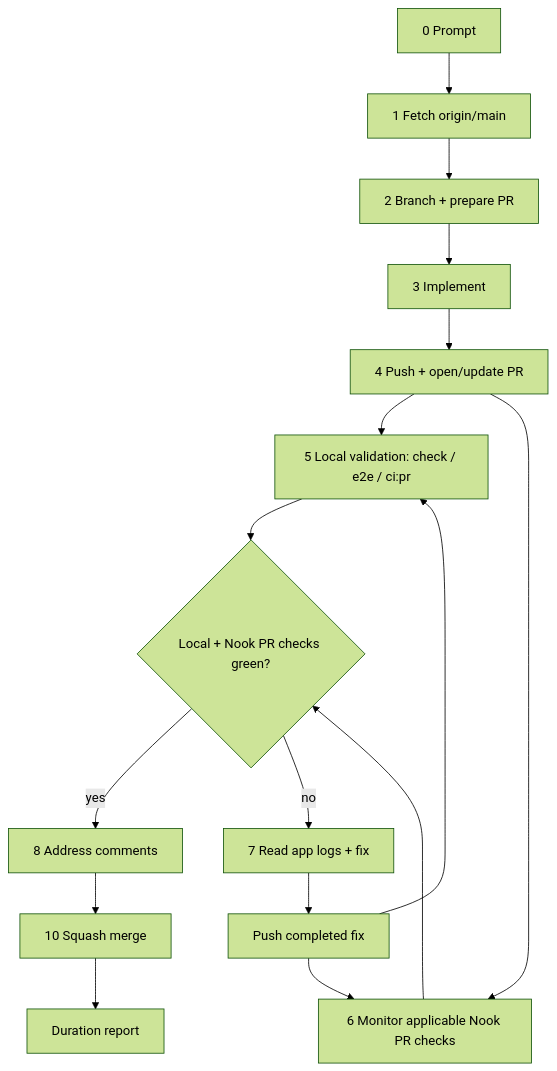
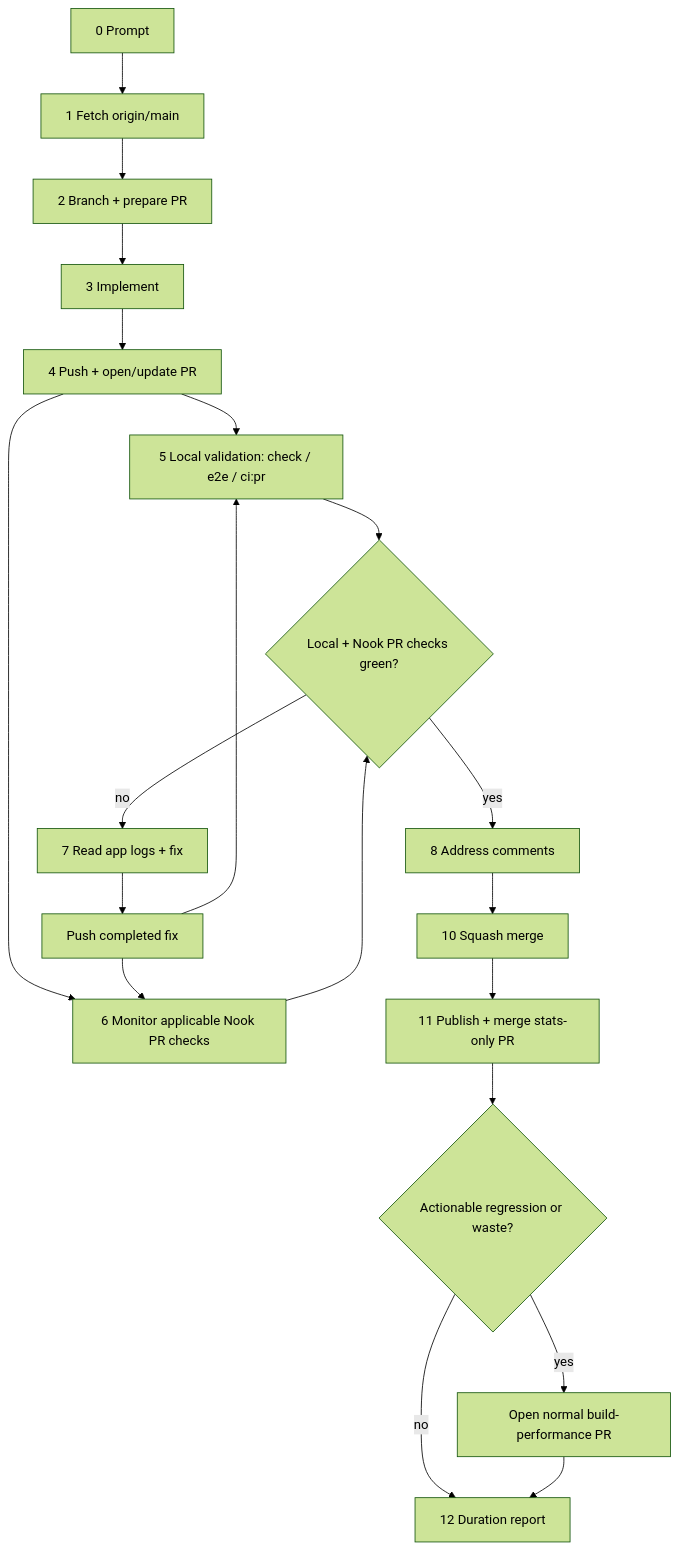
The diagram in .cortex/workflows/coding-bro.md (meta-secret/nook), drawn with Mermaid (forest theme) before and after one commit. The commit also changed other lines of this file and 8 other files, not shown here.

````diff
--- a/.cortex/workflows/coding-bro.md
+++ b/.cortex/workflows/coding-bro.md
@@ -167,18 +174,22 @@
 ```mermaid
 flowchart TD
   P[0 Prompt] --> F[1 Fetch origin/main]
   F --> B[2 Branch + prepare PR]
   B --> I[3 Implement]
   I --> PU[4 Push + open/update PR]
   PU --> L[5 Local validation: check / e2e / ci:pr]
   PU --> PR[6 Monitor applicable Nook PR checks]
   L --> G{Local + Nook PR checks green?}
   PR --> G
   G -->|yes| C[8 Address comments]
   C --> M[10 Squash merge]
   G -->|no| FIX[7 Read app logs + fix]
   FIX --> PUSH[Push completed fix]
   PUSH --> L
   PUSH --> PR
-  M --> D[Duration report]
+  M --> S[11 Publish + merge stats-only PR]
+  S --> W{Actionable regression or waste?}
+  W -->|yes| BP[Open normal build-performance PR]
+  W -->|no| D[12 Duration report]
+  BP --> D
 ```
````
